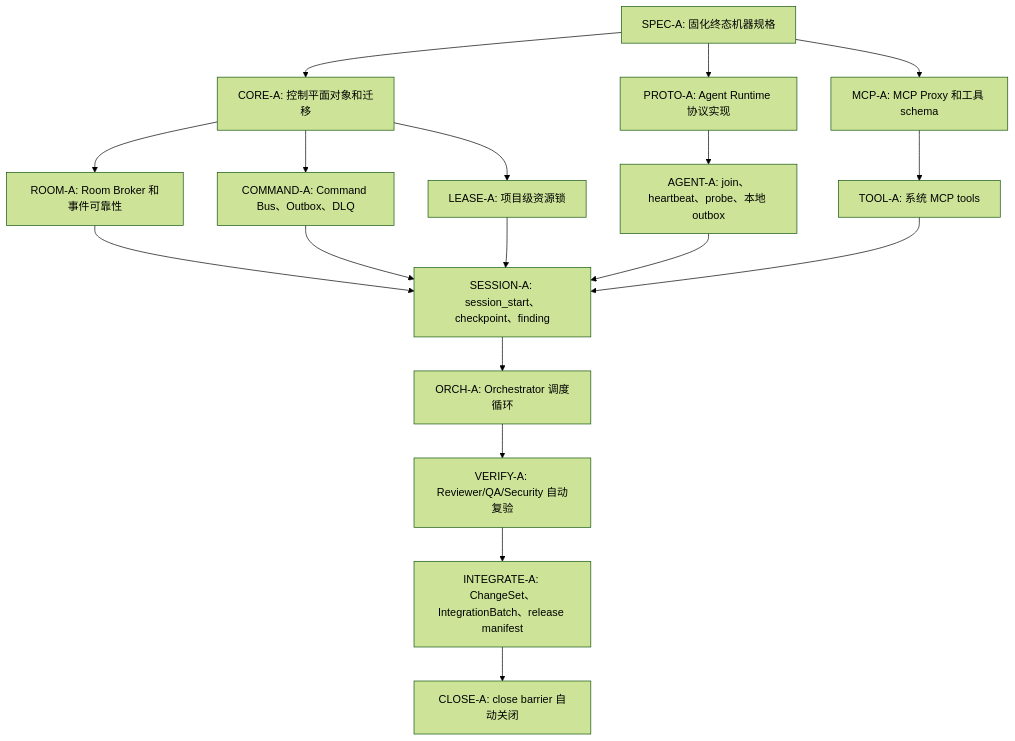
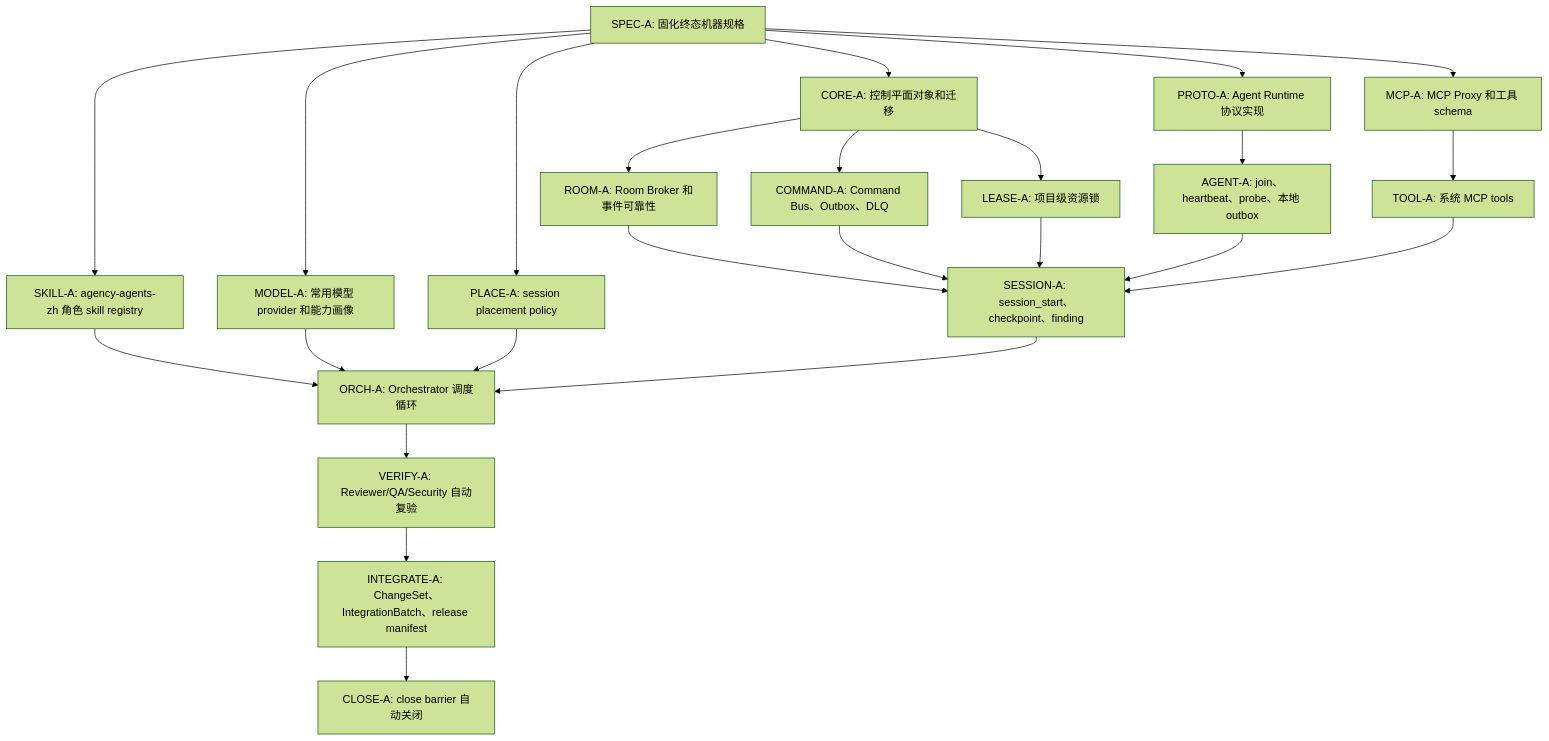
Before and after one commit to DlenoDing/ai-multi-agent-ctrl: the diagram in docs/autonomous-execution-graph.md, drawn with Mermaid (forest theme). The commit also changed other lines of this file and 28 other files, not shown here.

Commit message:
Harden autonomous model and skill orchestration

````diff
--- a/docs/autonomous-execution-graph.md
+++ b/docs/autonomous-execution-graph.md
@@ -9,20 +9,26 @@
 ```mermaid
 flowchart TD
     A["SPEC-A: 固化终态机器规格"] --> B["CORE-A: 控制平面对象和迁移"]
     A --> C["PROTO-A: Agent Runtime 协议实现"]
     A --> D["MCP-A: MCP Proxy 和工具 schema"]
+    A --> S["SKILL-A: agency-agents-zh 角色 skill registry"]
+    A --> T["MODEL-A: 常用模型 provider 和能力画像"]
+    A --> P["PLACE-A: session placement policy"]
     B --> E["ROOM-A: Room Broker 和事件可靠性"]
     B --> F["COMMAND-A: Command Bus、Outbox、DLQ"]
     B --> G["LEASE-A: 项目级资源锁"]
     C --> H["AGENT-A: join、heartbeat、probe、本地 outbox"]
     D --> I["TOOL-A: 系统 MCP tools"]
     E --> J["SESSION-A: session_start、checkpoint、finding"]
     F --> J
     G --> J
     H --> J
     I --> J
+    S --> K
+    T --> K
+    P --> K
     J --> K["ORCH-A: Orchestrator 调度循环"]
     K --> L["VERIFY-A: Reviewer/QA/Security 自动复验"]
     L --> M["INTEGRATE-A: ChangeSet、IntegrationBatch、release manifest"]
     M --> N["CLOSE-A: close barrier 自动关闭"]
 ```
````
